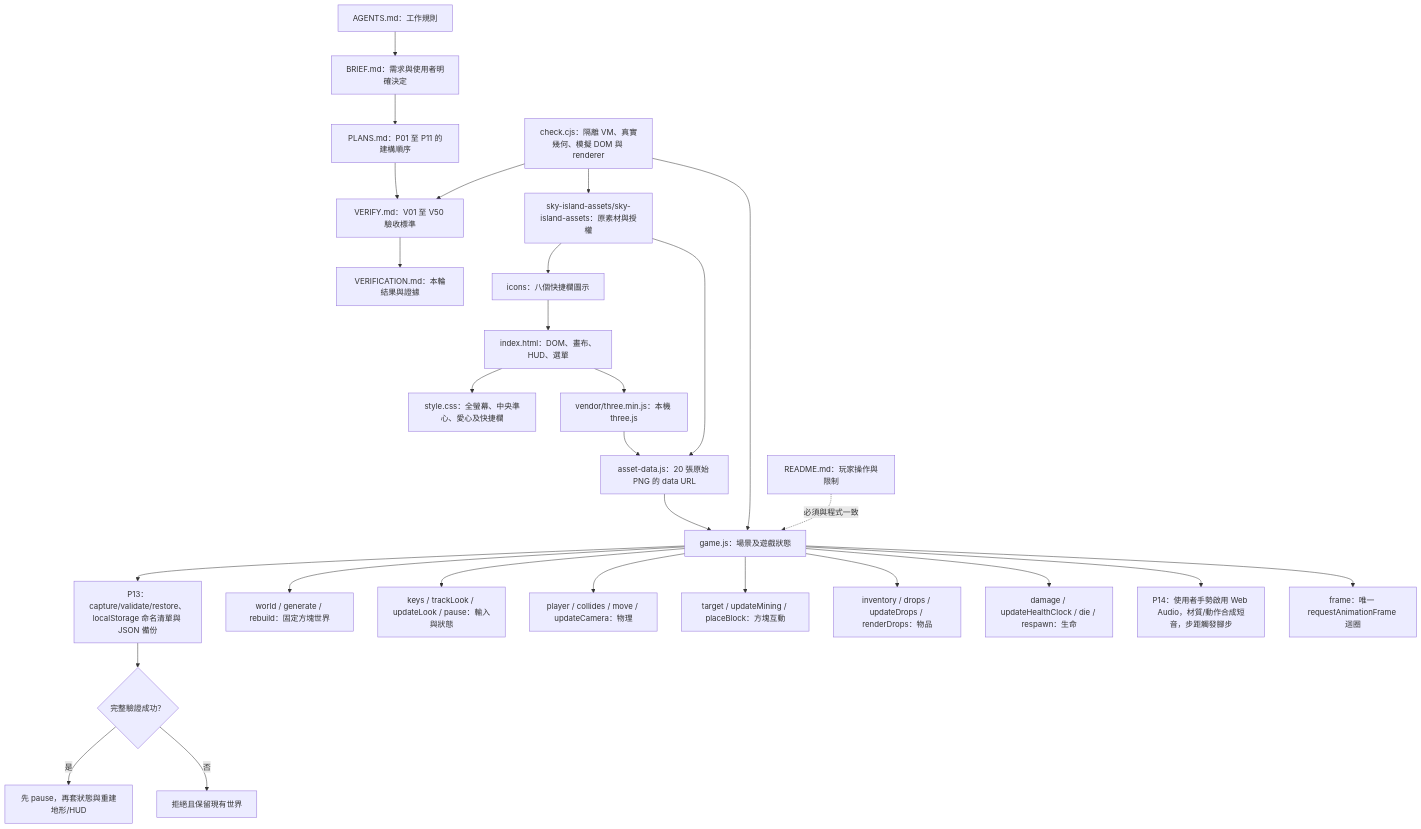
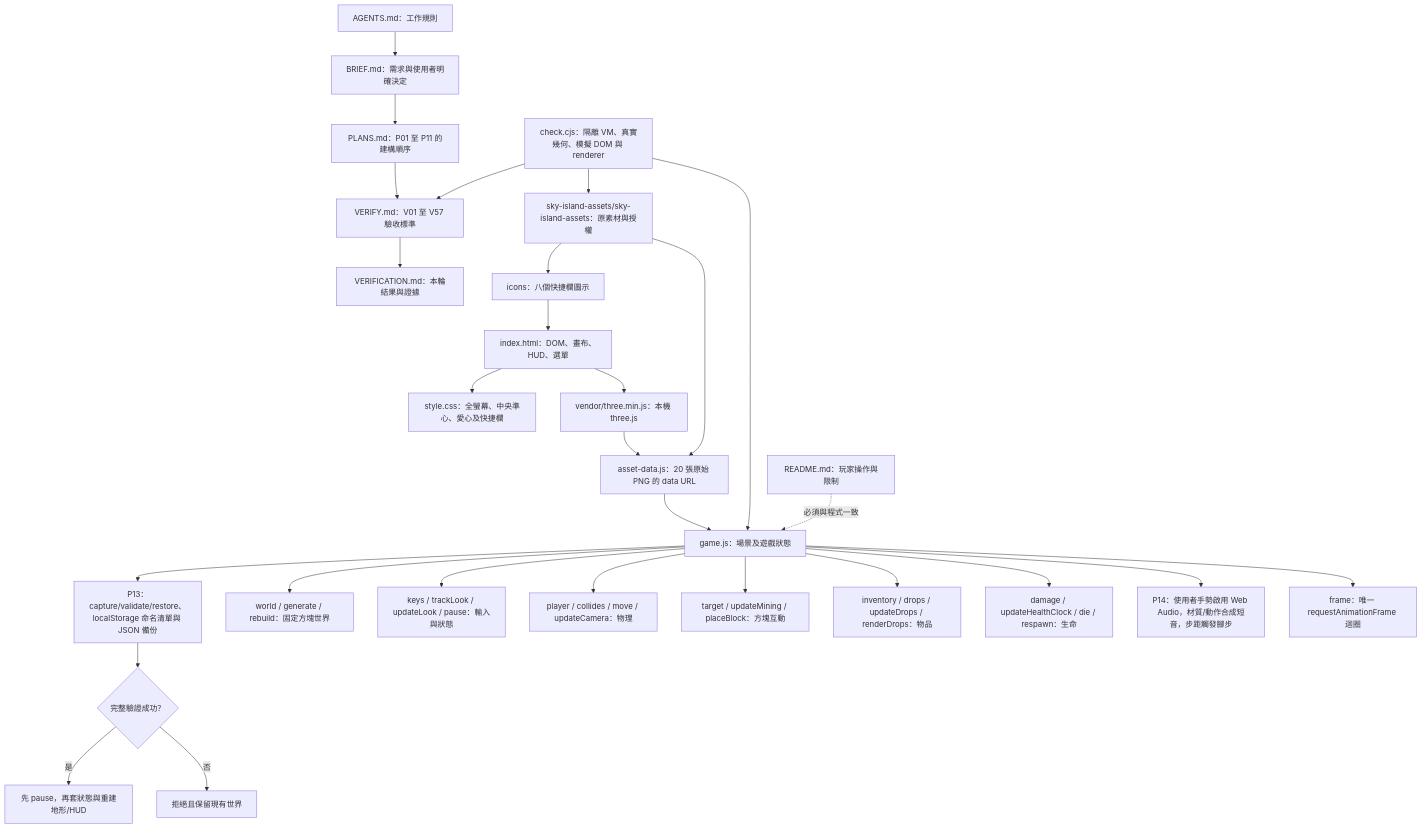
The first of 8 diagrams in MERMAID.md (Fox9009xoF-Y/1022SkyIsland), drawn with Mermaid before and after one commit. The commit also changed other lines of this file and 5 other files, not shown here.

````diff
--- a/MERMAID.md
+++ b/MERMAID.md
@@ -9,30 +9,30 @@
 ```mermaid
 flowchart TB
   rules["AGENTS.md：工作規則"] --> brief["BRIEF.md：需求與使用者明確決定"]
   brief --> plan["PLANS.md：P01 至 P11 的建構順序"]
-  plan --> verify["VERIFY.md：V01 至 V50 驗收標準"]
+  plan --> verify["VERIFY.md：V01 至 V57 驗收標準"]
   verify --> report["VERIFICATION.md：本輪結果與證據"]
   html["index.html：DOM、畫布、HUD、選單"] --> css["style.css：全螢幕、中央準心、愛心及快捷欄"]
   html --> three["vendor/three.min.js：本機 three.js"]
   three --> data["asset-data.js：20 張原始 PNG 的 data URL"]
   data --> game["game.js：場景及遊戲狀態"]
   source["sky-island-assets/sky-island-assets：原素材與授權"] --> data
   source --> icons["icons：八個快捷欄圖示"]
   icons --> html
   game --> saves["P13：capture/validate/restore、localStorage 命名清單與 JSON 備份"]
   saves --> validSave{"完整驗證成功？"}
   validSave -->|是| restore["先 pause，再套狀態與重建地形/HUD"]
   validSave -->|否| intact["拒絕且保留現有世界"]
   game --> world["world / generate / rebuild：固定方塊世界"]
   game --> control["keys / trackLook / updateLook / pause：輸入與狀態"]
   game --> physics["player / collides / move / updateCamera：物理"]
   game --> interact["target / updateMining / placeBlock：方塊互動"]
   game --> items["inventory / drops / updateDrops / renderDrops：物品"]
   game --> life["damage / updateHealthClock / die / respawn：生命"]
   game --> audio["P14：使用者手勢啟用 Web Audio，材質/動作合成短音，步距觸發腳步"]
   game --> loop["frame：唯一 requestAnimationFrame 迴圈"]
   tests["check.cjs：隔離 VM、真實幾何、模擬 DOM 與 renderer"] --> game
   tests --> verify
   tests --> source
   readme["README.md：玩家操作與限制"] -. "必須與程式一致" .-> game
 ```
````
